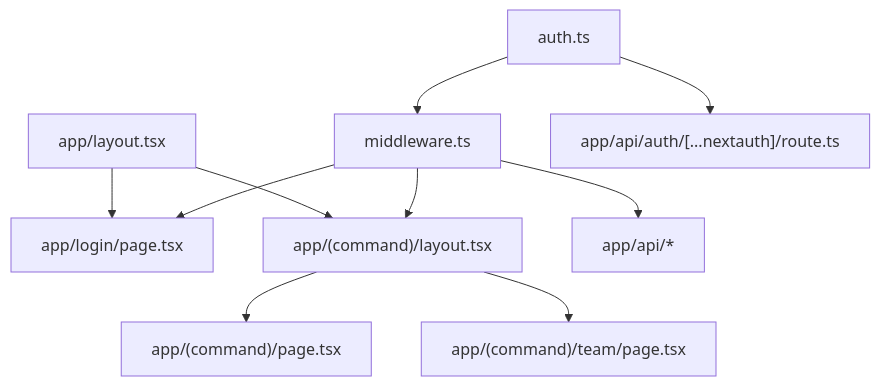
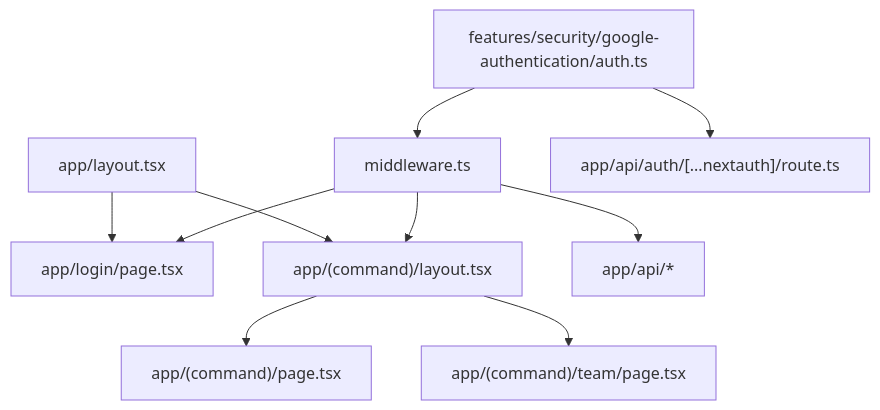
Before and after one commit to DiogoBranda/shogun-command: the second of 2 diagrams in docs/architecture.rst, drawn with Mermaid. The commit also changed other lines of this file and 83 other files, not shown here.

```diff
--- a/docs/architecture.rst
+++ b/docs/architecture.rst
@@ -30,12 +30,12 @@
 .. mermaid::
 
    flowchart TB
      RootLayout["app/layout.tsx"] --> PublicLogin["app/login/page.tsx"]
      RootLayout --> CommandLayout["app/(command)/layout.tsx"]
      CommandLayout --> Mission["app/(command)/page.tsx"]
      CommandLayout --> Team["app/(command)/team/page.tsx"]
      Middleware["middleware.ts"] --> PublicLogin
      Middleware --> CommandLayout
      Middleware --> ApiRoutes["app/api/*"]
-     AuthConfig["auth.ts"] --> Middleware
+     AuthConfig["features/security/google-authentication/auth.ts"] --> Middleware
      AuthConfig --> AuthRoute["app/api/auth/[...nextauth]/route.ts"]
```
